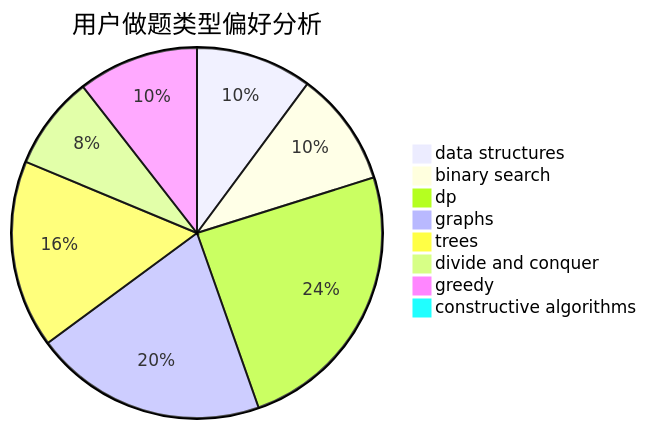
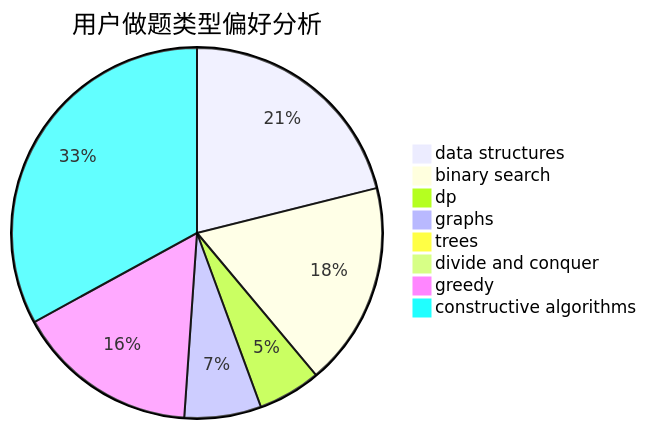
The second of 3 diagrams in docs/user/u109.md (sherpahu/cfrs.github.io), drawn with Mermaid before and after one commit. The commit also changed other lines of this file and 2770 other files, not shown here.

````diff
--- a/docs/user/u109.md
+++ b/docs/user/u109.md
@@ -23,11 +23,11 @@
 ```mermaid
 pie title 用户做题类型偏好分析
-    "data structures" :  78
-    "binary search" :  77
-    "dp" :  188
-    "graphs" :  156
-    "trees" :  126
-    "divide and conquer" :  63
-    "greedy" :  81
-    "constructive algorithms" :  6
+    "data structures" :  192
+    "binary search" :  162
+    "dp" :  50
+    "graphs" :  61
+    "trees" :  5
+    "divide and conquer" :  0
+    "greedy" :  145
+    "constructive algorithms" :  300
 ```
````
